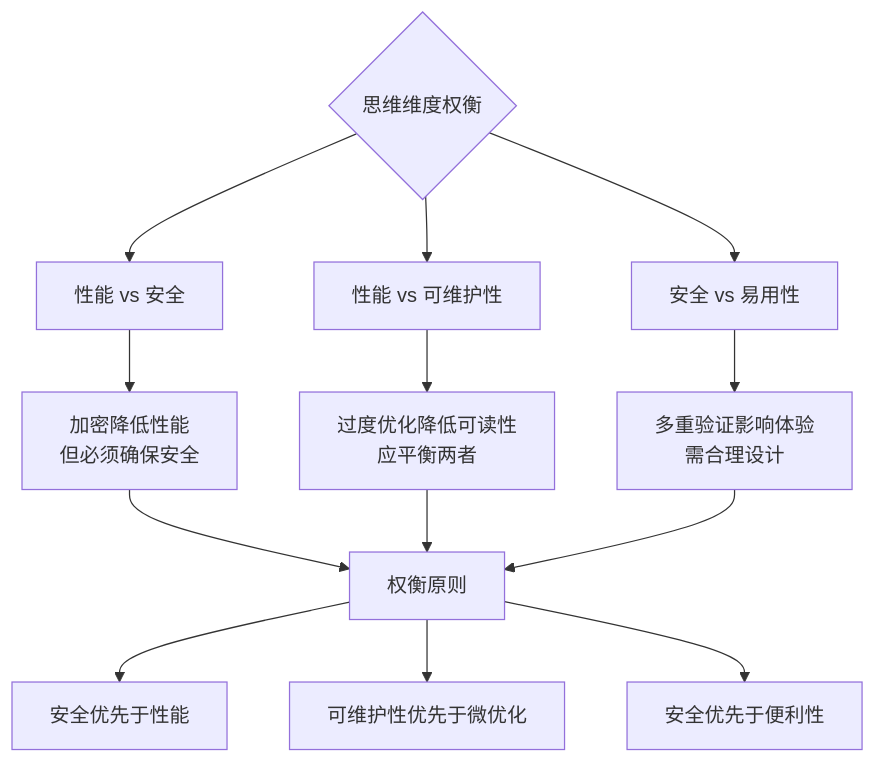
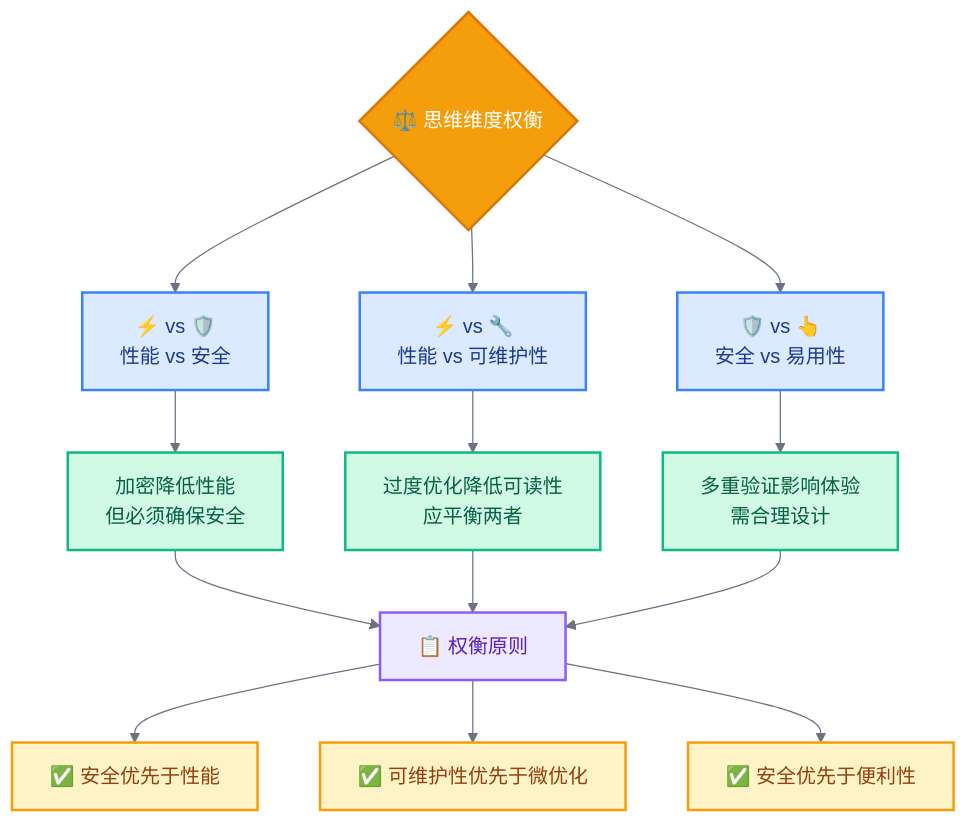
The fifth of 5 diagrams in ruoyi-fastapi-backend/docs/learning/06-后端知识地图/03-思维培养体系.md (hata33/ruoyi-fastapi-full-stack), drawn with Mermaid before and after one commit. The commit also changed other lines of this file and 9 other files, not shown here.

````diff
--- a/ruoyi-fastapi-backend/docs/learning/06-后端知识地图/03-思维培养体系.md
+++ b/ruoyi-fastapi-backend/docs/learning/06-后端知识地图/03-思维培养体系.md
@@ -197,16 +245,34 @@
 ```mermaid
+%%{init: {'theme': 'base', 'themeVariables': {
+  'primaryColor': '#EFF6FF',
+  'primaryTextColor': '#1e3a8a',
+  'primaryBorderColor': '#3B82F6',
+  'lineColor': '#6B7280'
+}}}%%
 graph TB
-    Tradeoff{思维维度权衡}
-    Tradeoff --> Example1[性能 vs 安全]
-    Tradeoff --> Example2[性能 vs 可维护性]
-    Tradeoff --> Example3[安全 vs 易用性]
+    Tradeoff{"⚖️ 思维维度权衡"}
+    Tradeoff --> Example1["⚡ vs 🛡️<br/>性能 vs 安全"]
+    Tradeoff --> Example2["⚡ vs 🔧<br/>性能 vs 可维护性"]
+    Tradeoff --> Example3["🛡️ vs 👆<br/>安全 vs 易用性"]
     Example1 --> E1[加密降低性能<br/>但必须确保安全]
     Example2 --> E2[过度优化降低可读性<br/>应平衡两者]
     Example3 --> E3[多重验证影响体验<br/>需合理设计]
-    E1 --> Principle[权衡原则]
+    E1 --> Principle["📋 权衡原则"]
     E2 --> Principle
     E3 --> Principle
-    Principle --> P1[安全优先于性能]
-    Principle --> P2[可维护性优先于微优化]
-    Principle --> P3[安全优先于便利性]
+    Principle --> P1["✅ 安全优先于性能"]
+    Principle --> P2["✅ 可维护性优先于微优化"]
+    Principle --> P3["✅ 安全优先于便利性"]
+
+    classDef decision fill:#F59E0B,stroke:#D97706,color:#fff,stroke-width:2px
+    classDef example fill:#DBEAFE,stroke:#3B82F6,stroke-width:2px,color:#1e3a8a
+    classDef detail fill:#D1FAE5,stroke:#10B981,stroke-width:2px,color:#065f46
+    classDef principle fill:#EDE9FE,stroke:#8B5CF6,stroke-width:2px,color:#5b21b6
+    classDef rule fill:#FEF3C7,stroke:#F59E0B,stroke-width:2px,color:#92400e
+
+    class Tradeoff decision
+    class Example1,Example2,Example3 example
+    class E1,E2,E3 detail
+    class Principle principle
+    class P1,P2,P3 rule
 ```
````
